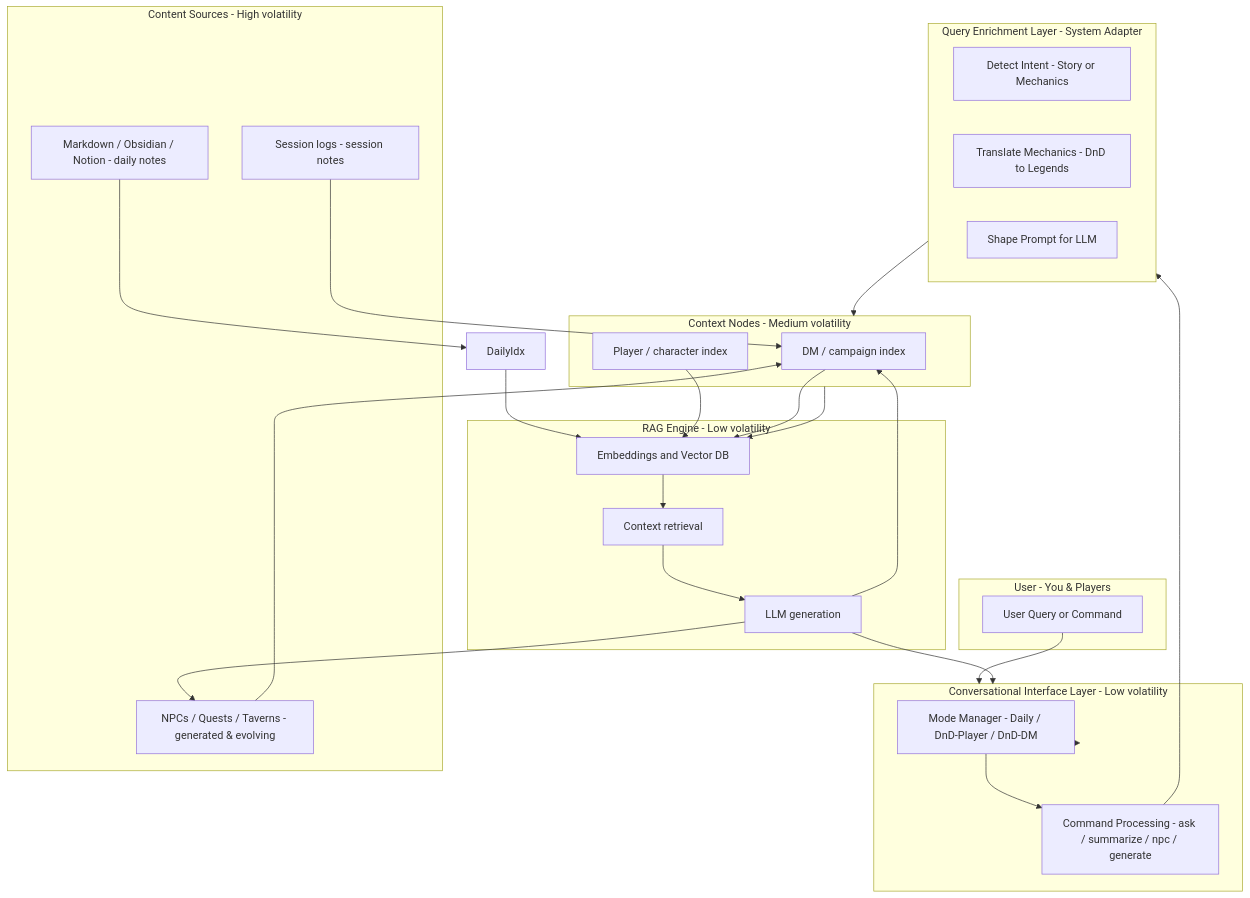
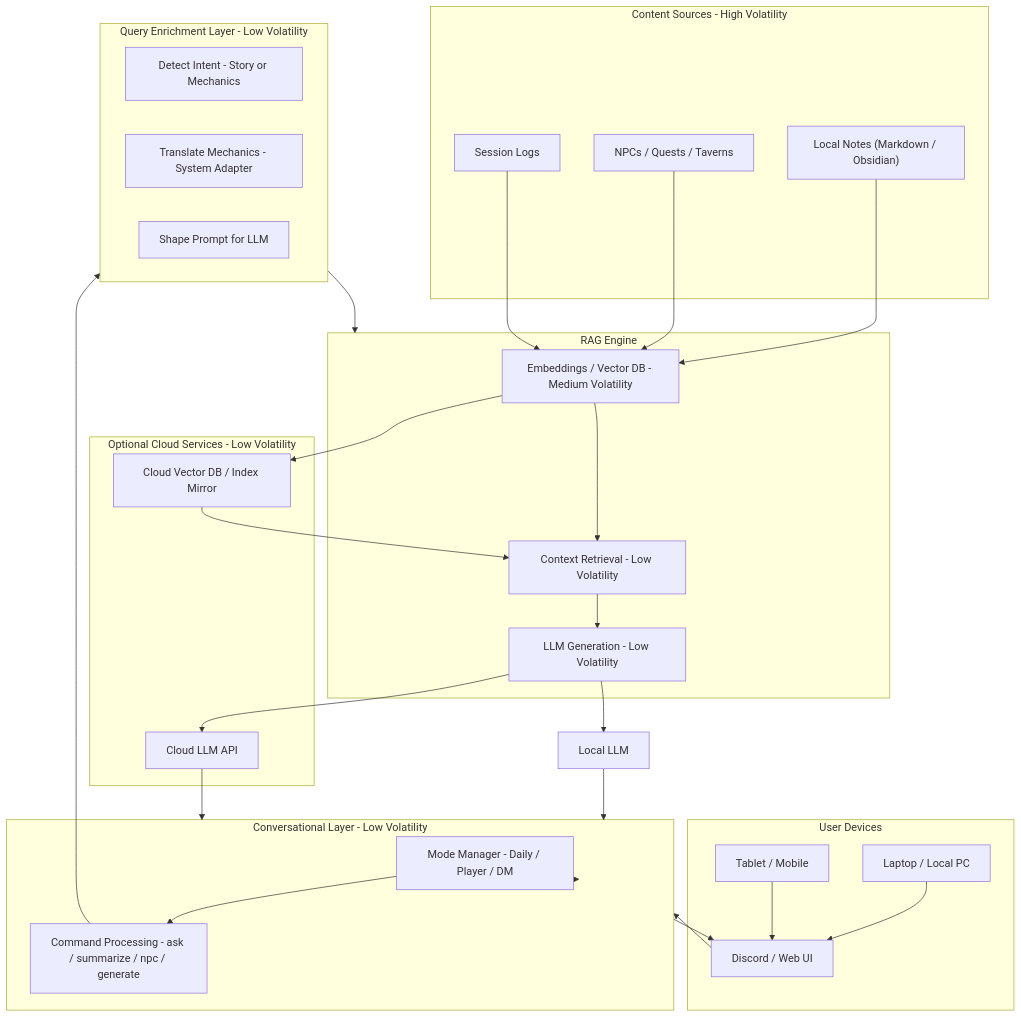
The diagram in README.md (SilverFox670/MimrAI), drawn with Mermaid before and after one commit.

Commit message:
Last Sync: 2025-10-04 10:37 (Mobile)

`````diff
--- a/README.md
+++ b/README.md
@@ -27,64 +27,71 @@
 ```mermaid
 flowchart TD
-    %% User
-    subgraph User [User - You & Players]
-        Q[User Query or Command]
+    %% User Devices
+    subgraph Devices ["User Devices"]
+        Laptop[Laptop / Local PC]
+        Tablet[Tablet / Mobile]
+        DiscordClient[Discord / Web UI]
     end
 
-    %% Conversational Layer - Low volatility
-    subgraph Conversational ["Conversational Interface Layer - Low volatility"]
-        Mode["Mode Manager - Daily / DnD-Player / DnD-DM"]
+    %% Conversational Layer - Low Volatility
+    subgraph Conversational ["Conversational Layer - Low Volatility"]
+        Mode["Mode Manager - Daily / Player / DM"]
         Cmds["Command Processing - ask / summarize / npc / generate"]
     end
 
-    %% Query Enrichment Layer - Low volatility
-    subgraph Enrichment ["Query Enrichment Layer - System Adapter"]
+    %% Query Enrichment Layer - Low Volatility
+    subgraph Enrichment ["Query Enrichment Layer - Low Volatility"]
         Intent["Detect Intent - Story or Mechanics"]
-        Translate["Translate Mechanics - DnD to Legends"]
+        Translate["Translate Mechanics - System Adapter"]
         Shape["Shape Prompt for LLM"]
     end
 
-    %% Context Nodes - Medium volatility
-    subgraph Context ["Context Nodes - Medium volatility"]
-        PlayerIdx["Player / character index"]
-        DMIdx["DM / campaign index"]
+    %% RAG Engine - Low/Medium Volatility
+    subgraph RAG ["RAG Engine"]
+        Embed["Embeddings / Vector DB - Medium Volatility"]
+        Retrieve["Context Retrieval - Low Volatility"]
+        Generate["LLM Generation - Low Volatility"]
     end
 
-    %% Content Sources - High volatility
-    subgraph Content ["Content Sources - High volatility"]
-        Notes["Markdown / Obsidian / Notion - daily notes"]
-        NPCs["NPCs / Quests / Taverns - generated & evolving"]
-        Sessions["Session logs - session notes"]
+    %% Content Sources - High Volatility
+    subgraph Content ["Content Sources - High Volatility"]
+        Notes["Local Notes (Markdown / Obsidian)"]
+        NPCs["NPCs / Quests / Taverns"]
+        Sessions["Session Logs"]
     end
 
-    %% RAG Engine - Low volatility
-    subgraph Engine ["RAG Engine - Low volatility"]
-        Embed["Embeddings and Vector DB"]
-        Retrieve["Context retrieval"]
-        Generate["LLM generation"]
+    %% Optional Cloud - Low Volatility
+    subgraph Cloud ["Optional Cloud Services - Low Volatility"]
+        CloudDB["Cloud Vector DB / Index Mirror"]
+        CloudLLM["Cloud LLM API"]
     end
 
-    %% Core flows
-    Q --> Conversational
+    %% Device Flows
+    Laptop --> DiscordClient
+    Tablet --> DiscordClient
+    DiscordClient --> Conversational
     Conversational --> Mode
     Mode --> Cmds
     Cmds --> Enrichment
-    Enrichment --> Context
-    Context --> Embed
+    Enrichment --> RAG
+
+    %% RAG -> Local or Cloud
+    Notes --> Embed
+    NPCs --> Embed
+    Sessions --> Embed
     Embed --> Retrieve
     Retrieve --> Generate
-    Generate --> Conversational
 
-    %% Content -> Indexing -> Embed
-    Notes --> DailyIdx
-    NPCs --> DMIdx
-    Sessions --> DMIdx
+    %% LLM paths
+    Generate --> LLMLocal[Local LLM]
+    Generate --> CloudLLM
 
-    DailyIdx --> Embed
-    PlayerIdx --> Embed
-    DMIdx --> Embed
+    %% Optional cloud DB sync
+    Embed --> CloudDB
+    CloudDB --> Retrieve
 
-    %% Generated artifacts get saved back into campaign index
-    Generate --> NPCs
-    Generate --> DMIdx
+    %% Return to user
+    LLMLocal --> Conversational
+    CloudLLM --> Conversational
+    Conversational --> DiscordClient
 ````
`````
